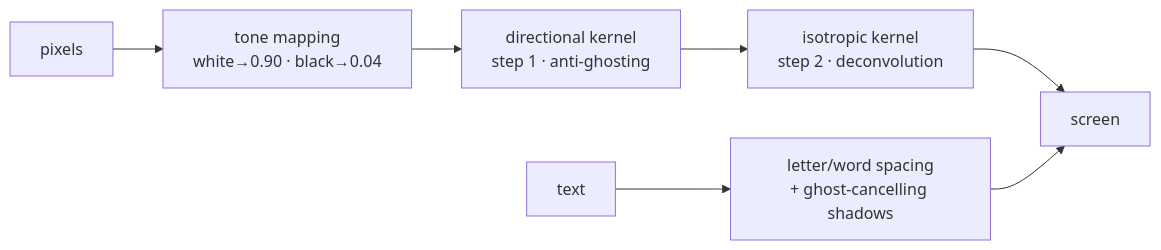
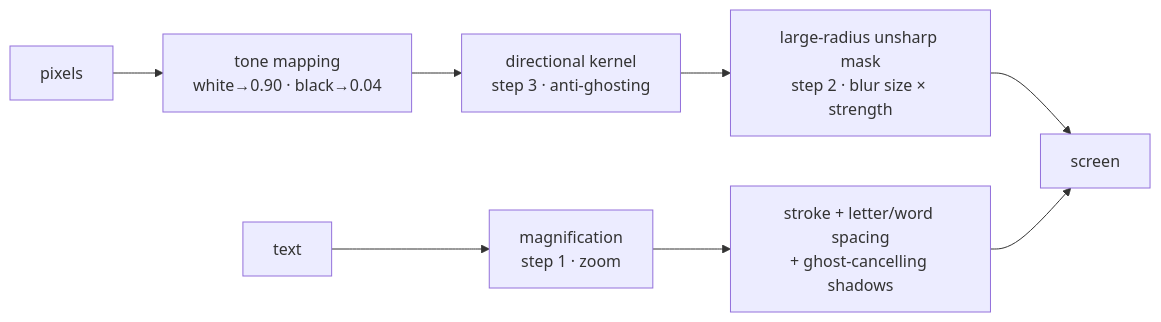
One commit to rbassoi/eyesfree changed the second of 4 diagrams in docs/architecture.md. Above: the diagram before and after it, drawn with Mermaid. The commit also changed 50 other files, not shown here.

First line of the commit message:
feat!: v0.2.0 - magnification and blur-sized sharpening

````diff
--- a/docs/architecture.md
+++ b/docs/architecture.md
@@ -98,8 +98,8 @@
 ```mermaid
 flowchart LR
   A[pixels] --> B[tone mapping<br/>white→0.90 · black→0.04]
-  B --> C[directional kernel<br/>step 1 · anti-ghosting]
-  C --> D[isotropic kernel<br/>step 2 · deconvolution]
+  B --> C[directional kernel<br/>step 3 · anti-ghosting]
+  C --> D[large-radius unsharp mask<br/>step 2 · blur size × strength]
   D --> E[screen]
-  T[text] --> S[letter/word spacing<br/>+ ghost-cancelling shadows] --> E
+  T[text] --> Z[magnification<br/>step 1 · zoom] --> S[stroke + letter/word spacing<br/>+ ghost-cancelling shadows] --> E
 ```
````
